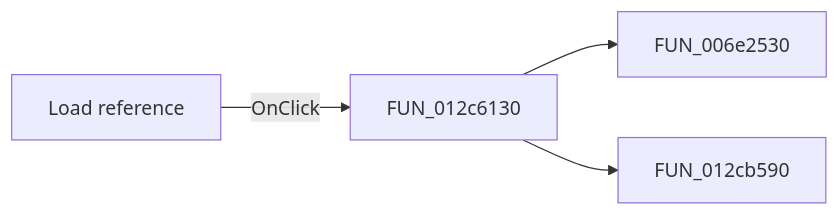
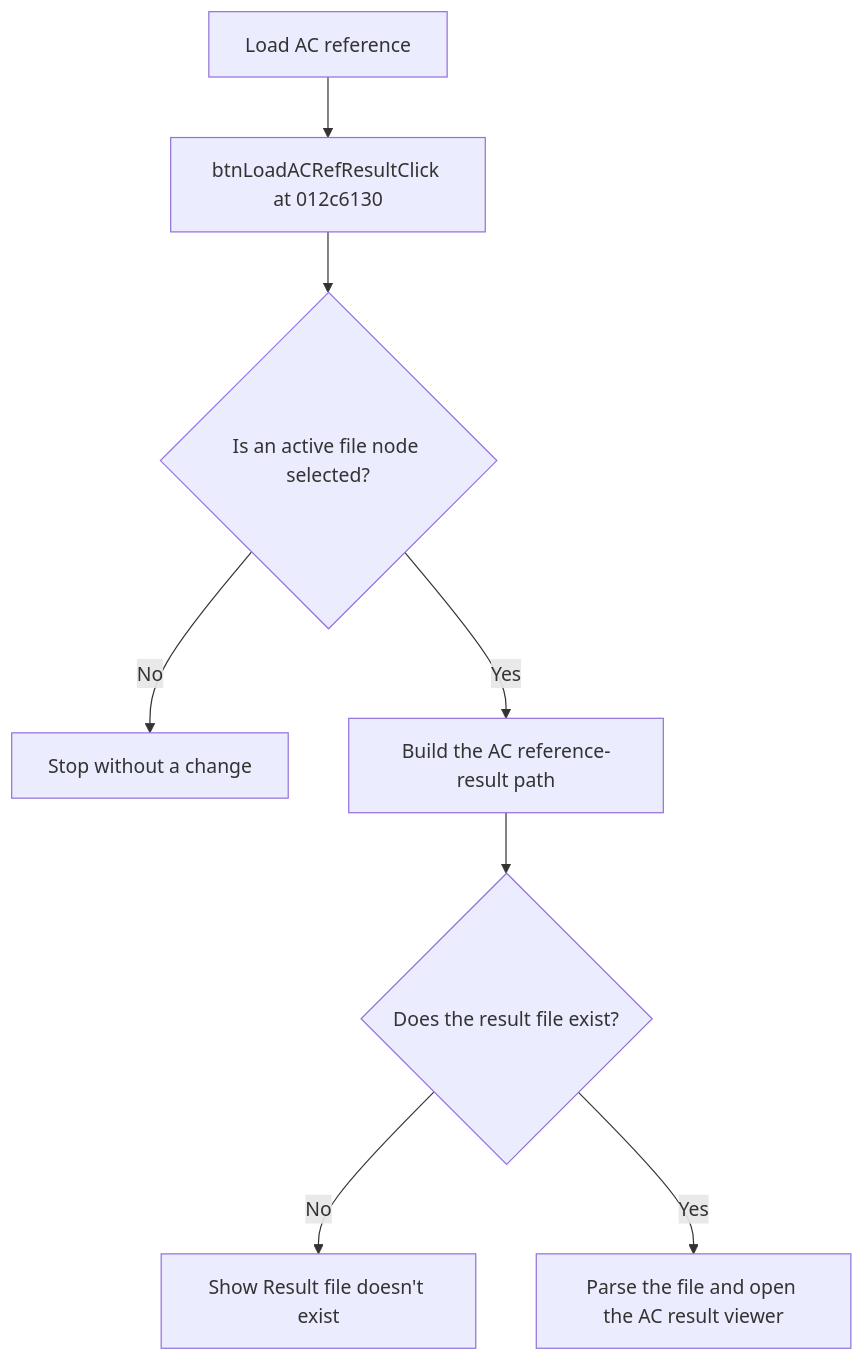
The diagram in docs/ui-controls/frmtestbencheditor/btnloadacrefresult-6dd2c565c1.md (MovGP0/TIARA), drawn with Mermaid before and after one commit. The commit also changed other lines of this file and 387 other files, not shown here.

````diff
--- a/docs/ui-controls/frmtestbencheditor/btnloadacrefresult-6dd2c565c1.md
+++ b/docs/ui-controls/frmtestbencheditor/btnloadacrefresult-6dd2c565c1.md
@@ -27,6 +19,10 @@
 ```mermaid
-flowchart LR
-    control["Load reference"] -->|OnClick| handler["FUN_012c6130"]
-    handler --> call1["FUN_006e2530"]
-    handler --> call2["FUN_012cb590"]
+flowchart TD
+    control["Load AC reference"] --> handler["btnLoadACRefResultClick at 012c6130"]
+    handler --> selected{"Is an active file node selected?"}
+    selected -->|No| stop["Stop without a change"]
+    selected -->|Yes| path["Build the AC reference-result path"]
+    path --> exists{"Does the result file exist?"}
+    exists -->|No| error["Show Result file doesn't exist"]
+    exists -->|Yes| viewer["Parse the file and open the AC result viewer"]
 ```
````
